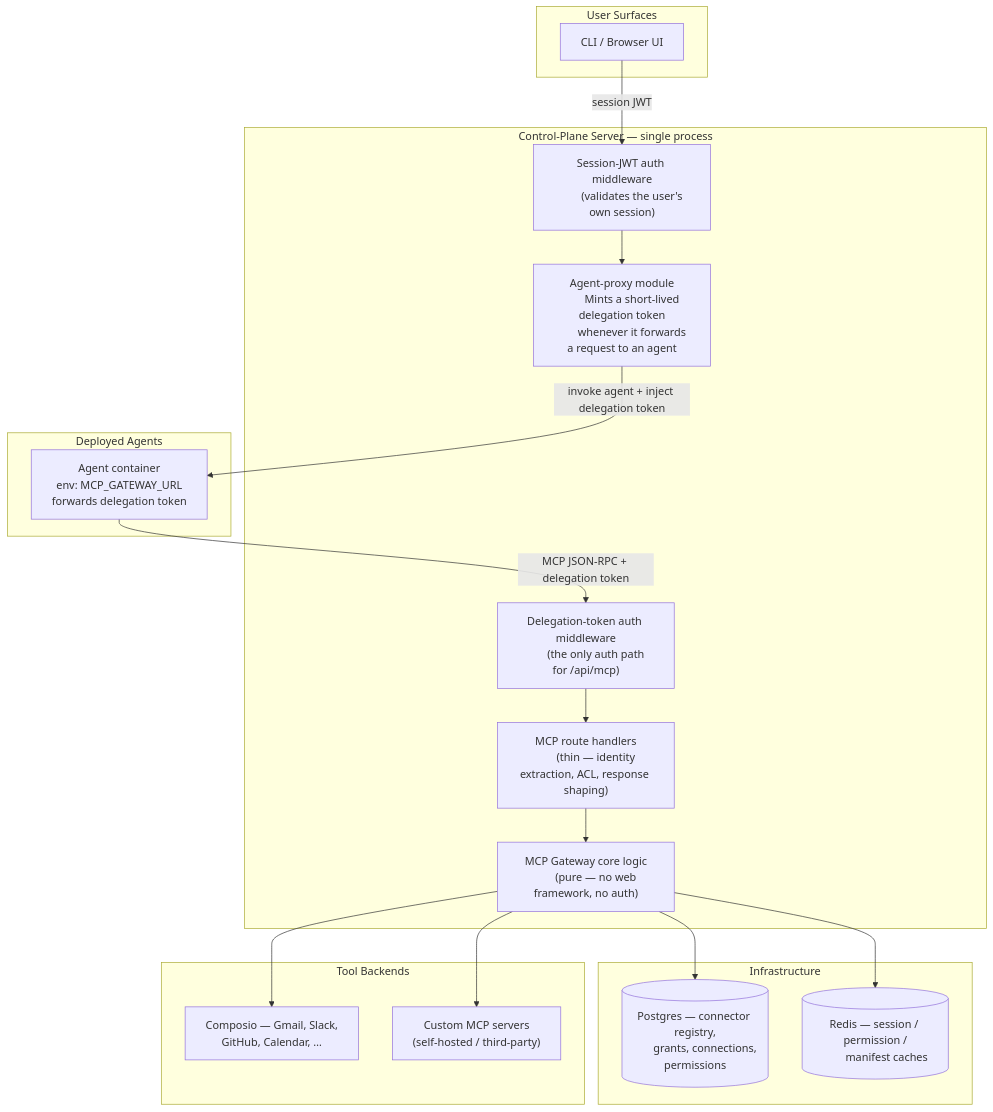
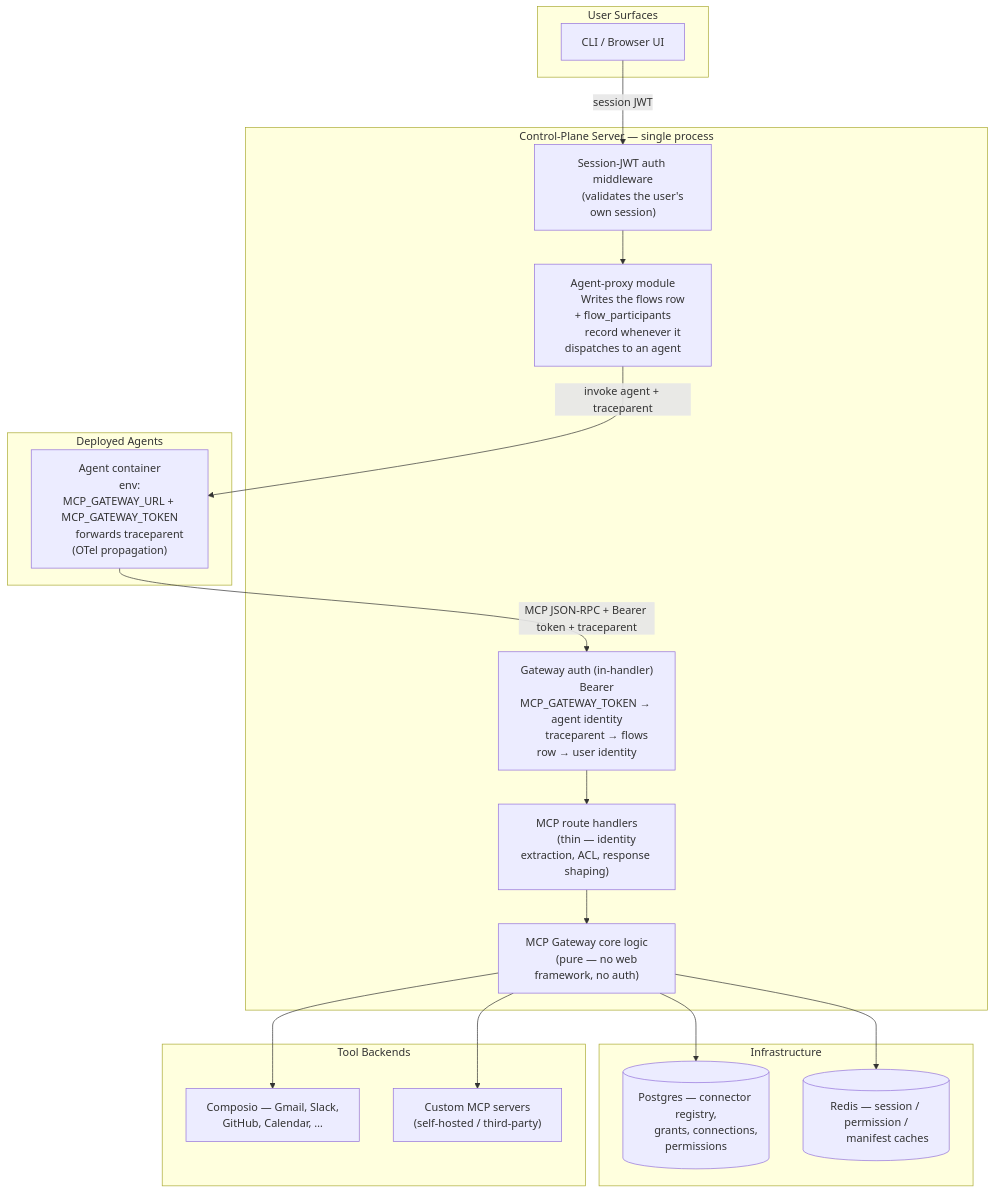
The first of 11 diagrams in docs/MCP_GATEWAY_DESIGN.md (AviNormie/nasiko), drawn with Mermaid before and after one commit. The commit also changed other lines of this file and 33 other files, not shown here.

First line of the commit message:
feat(mcp): replace delegation token with deploy-time agent credential + flow-bound user identity

````diff
--- a/docs/MCP_GATEWAY_DESIGN.md
+++ b/docs/MCP_GATEWAY_DESIGN.md
@@ -108,51 +109,52 @@
 ```mermaid
 flowchart TD
     subgraph client [User Surfaces]
         CLI[CLI / Browser UI]
     end
 
     subgraph server [Control-Plane Server — single process]
         AUTHMW["Session-JWT auth middleware
         (validates the user's own session)"]
         PROXY["Agent-proxy module
-        Mints a short-lived delegation token
-        whenever it forwards a request to an agent"]
-        MCPMW["Delegation-token auth middleware
-        (the only auth path for /api/mcp)"]
+        Writes the flows row + flow_participants
+        record whenever it dispatches to an agent"]
+        MCPMW["Gateway auth (in-handler)
+        Bearer MCP_GATEWAY_TOKEN → agent identity
+        traceparent → flows row → user identity"]
         MCPROUTES["MCP route handlers
         (thin — identity extraction, ACL, response shaping)"]
         LOGIC["MCP Gateway core logic
         (pure — no web framework, no auth)"]
 
         AUTHMW --> PROXY
         MCPMW --> MCPROUTES --> LOGIC
     end
 
     subgraph infra [Infrastructure]
         PG[(Postgres — connector registry,
         grants, connections, permissions)]
         RD[(Redis — session / permission /
         manifest caches)]
     end
 
     subgraph backends [Tool Backends]
         CO[Composio — Gmail, Slack,
         GitHub, Calendar, …]
         GEN["Custom MCP servers
         (self-hosted / third-party)"]
     end
 
     subgraph agents [Deployed Agents]
         A1["Agent container
-        env: MCP_GATEWAY_URL
-        forwards delegation token"]
+        env: MCP_GATEWAY_URL + MCP_GATEWAY_TOKEN
+        forwards traceparent (OTel propagation)"]
     end
 
     CLI -->|session JWT| AUTHMW
     LOGIC --> PG
     LOGIC --> RD
     LOGIC --> CO
     LOGIC --> GEN
-    PROXY -->|invoke agent + inject delegation token| A1
-    A1 -->|MCP JSON-RPC + delegation token| MCPMW
+    PROXY -->|invoke agent + traceparent| A1
+    A1 -->|"MCP JSON-RPC + Bearer token + traceparent"| MCPMW
 ```
````
